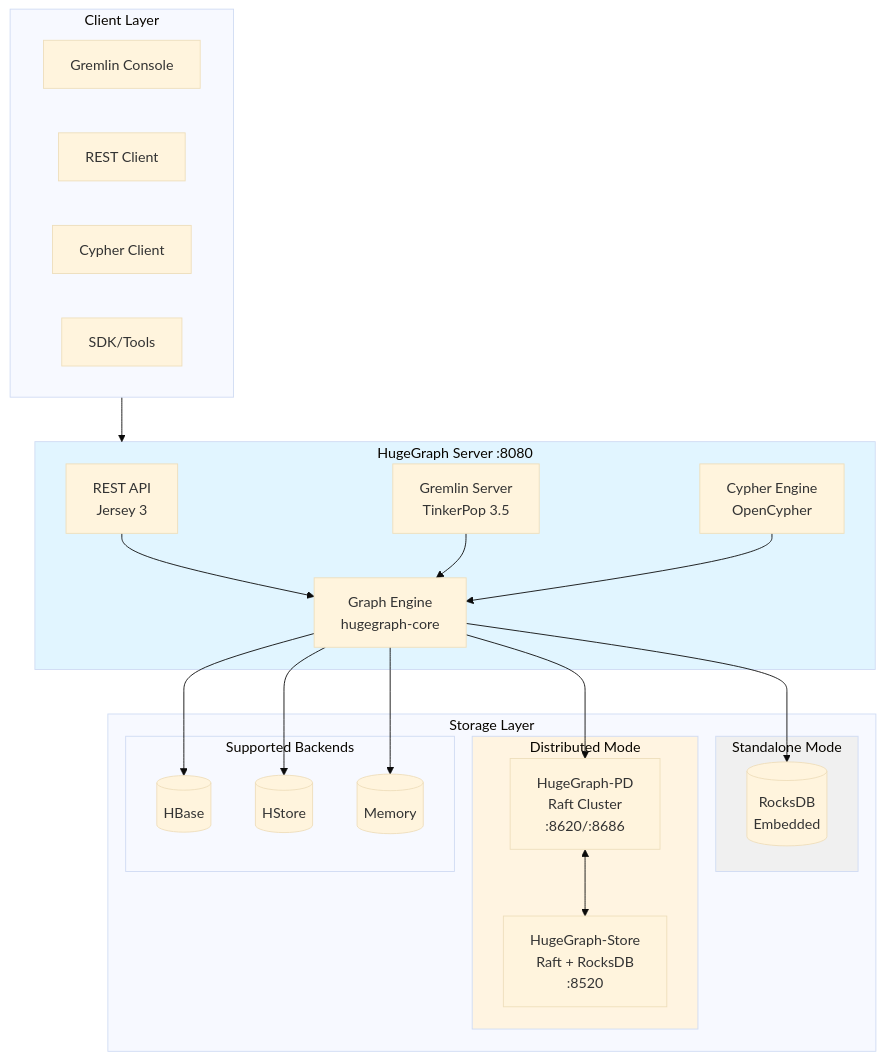
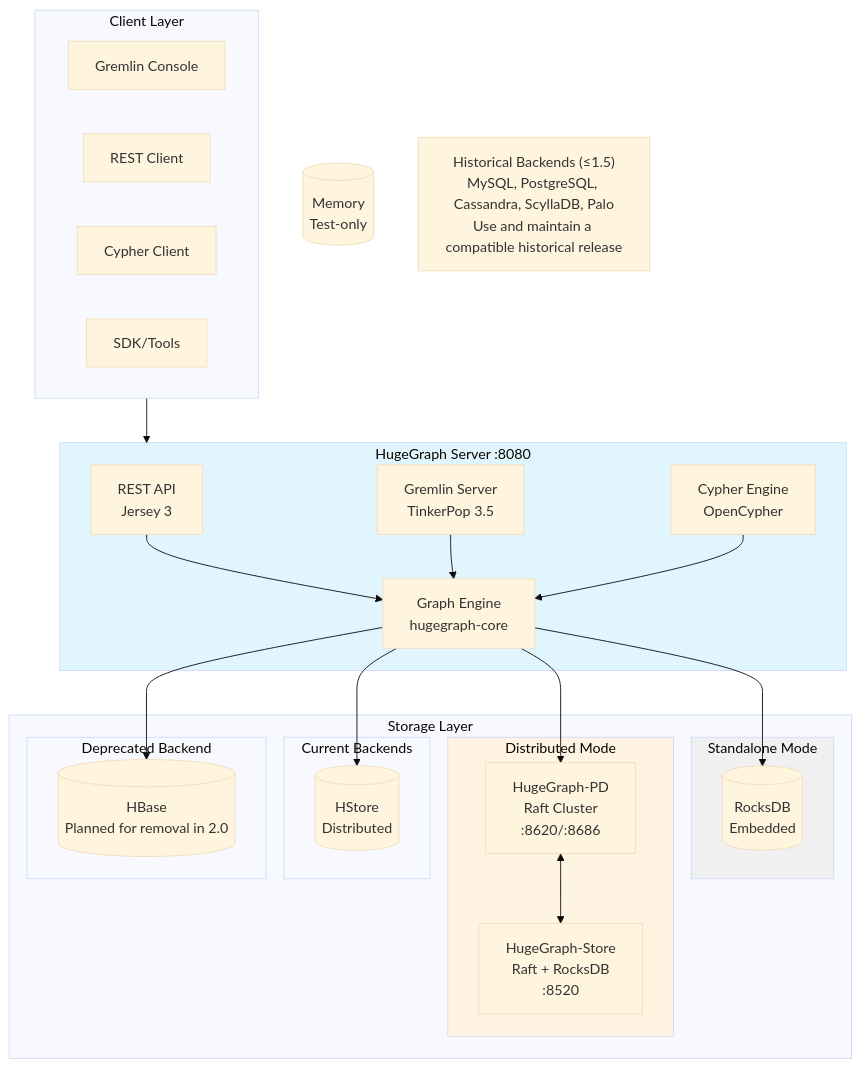
One commit to LegendPei/hugegraph changed the diagram in README.md. Above: the diagram before and after it, drawn with Mermaid (base theme). The commit also changed other lines of this file and 6 other files, not shown here.

````diff
--- a/README.md
+++ b/README.md
@@ -120,49 +134,53 @@
 ```mermaid
 flowchart TB
     subgraph Clients["Client Layer"]
         GC[Gremlin Console]
         REST[REST Client]
         CYPHER[Cypher Client]
         SDK[SDK/Tools]
     end
 
     subgraph Server["HugeGraph Server :8080"]
         API[REST API<br/>Jersey 3]
         GS[Gremlin Server<br/>TinkerPop 3.5]
         CS[Cypher Engine<br/>OpenCypher]
         CORE[Graph Engine<br/>hugegraph-core]
 
         API --> CORE
         GS --> CORE
         CS --> CORE
     end
 
     subgraph Storage["Storage Layer"]
         subgraph Standalone["Standalone Mode"]
             ROCKS[(RocksDB<br/>Embedded)]
         end
 
         subgraph Distributed["Distributed Mode"]
             PD[HugeGraph-PD<br/>Raft Cluster<br/>:8620/:8686]
             STORE[HugeGraph-Store<br/>Raft + RocksDB<br/>:8520]
             PD <--> STORE
         end
 
-        subgraph Backends["Supported Backends"]
-            HBASE[(HBase)]
-            HSTORE[(HStore)]
-            MEMORY[(Memory)]
+        subgraph Backends["Current Backends"]
+            HSTORE[(HStore<br/>Distributed)]
+        end
+
+        subgraph Deprecated["Deprecated Backend"]
+            HBASE[(HBase<br/>Planned for removal in 2.0)]
         end
     end
+
+    MEMORY[(Memory<br/>Test-only)]
+    HISTORY["Historical Backends (≤1.5)<br/>MySQL, PostgreSQL, Cassandra, ScyllaDB, Palo<br/>Use and maintain a compatible historical release"]
 
     Clients --> Server
     CORE --> ROCKS
     CORE --> PD
     CORE --> HBASE
     CORE --> HSTORE
-    CORE --> MEMORY
 
     style Server fill:#e1f5ff
     style Distributed fill:#fff4e1
     style Standalone fill:#f0f0f0
 ```
````
